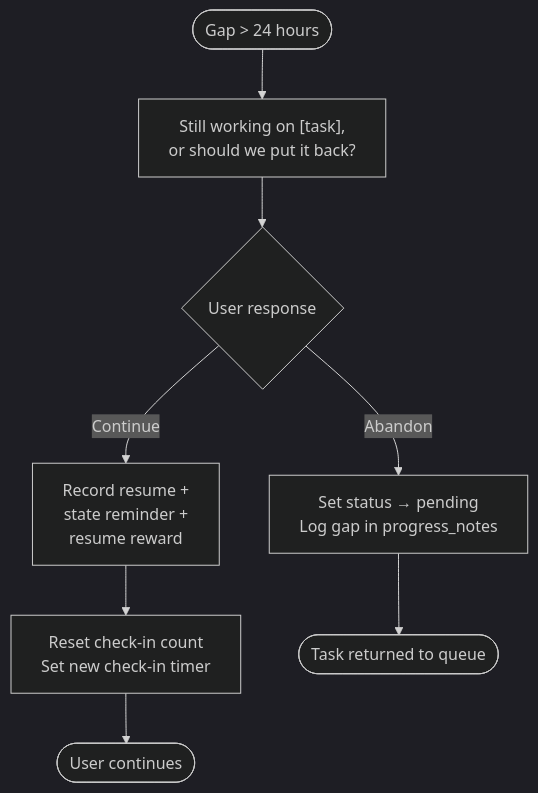
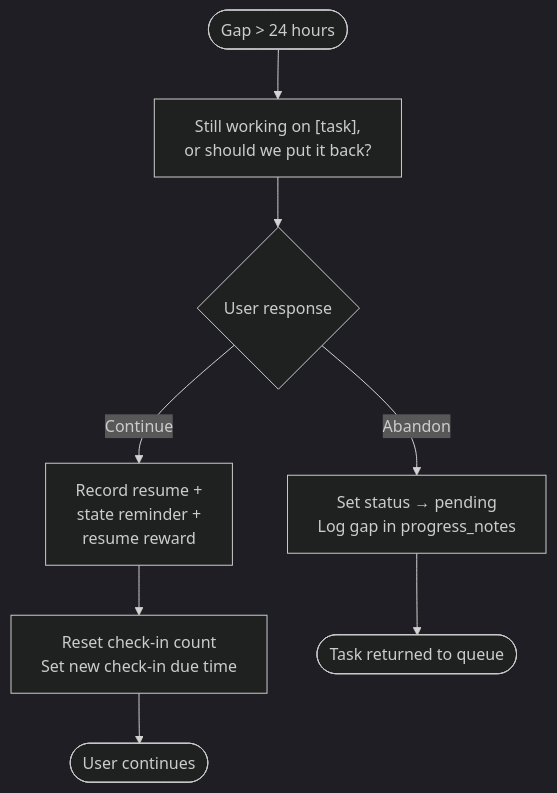
Before and after one commit to NickBorgersProbably/hide-my-list: diagram 21 of 29 in docs/task-lifecycle.md, drawn with Mermaid (dark theme). The commit also changed other lines of this file and 2 other files, not shown here.

Commit message:
Update check-in documentation for OpenClaw runtime

````diff
--- a/docs/task-lifecycle.md
+++ b/docs/task-lifecycle.md
@@ -688,13 +682,13 @@
 ```mermaid
 flowchart TD
     LongGap([Gap > 24 hours]) --> Ask["Still working on [task],<br/>or should we put it back?"]
 
     Ask --> UserChoice{User response}
 
     UserChoice -->|Continue| RecordResume[Record resume +<br/>state reminder +<br/>resume reward]
     UserChoice -->|Abandon| ReturnPending[Set status → pending<br/>Log gap in progress_notes]
 
-    RecordResume --> ResetCheckins[Reset check-in count<br/>Set new check-in timer]
+    RecordResume --> ResetCheckins[Reset check-in count<br/>Set new check-in due time]
     ResetCheckins --> Continue([User continues])
     ReturnPending --> Done([Task returned to queue])
 ```
````
